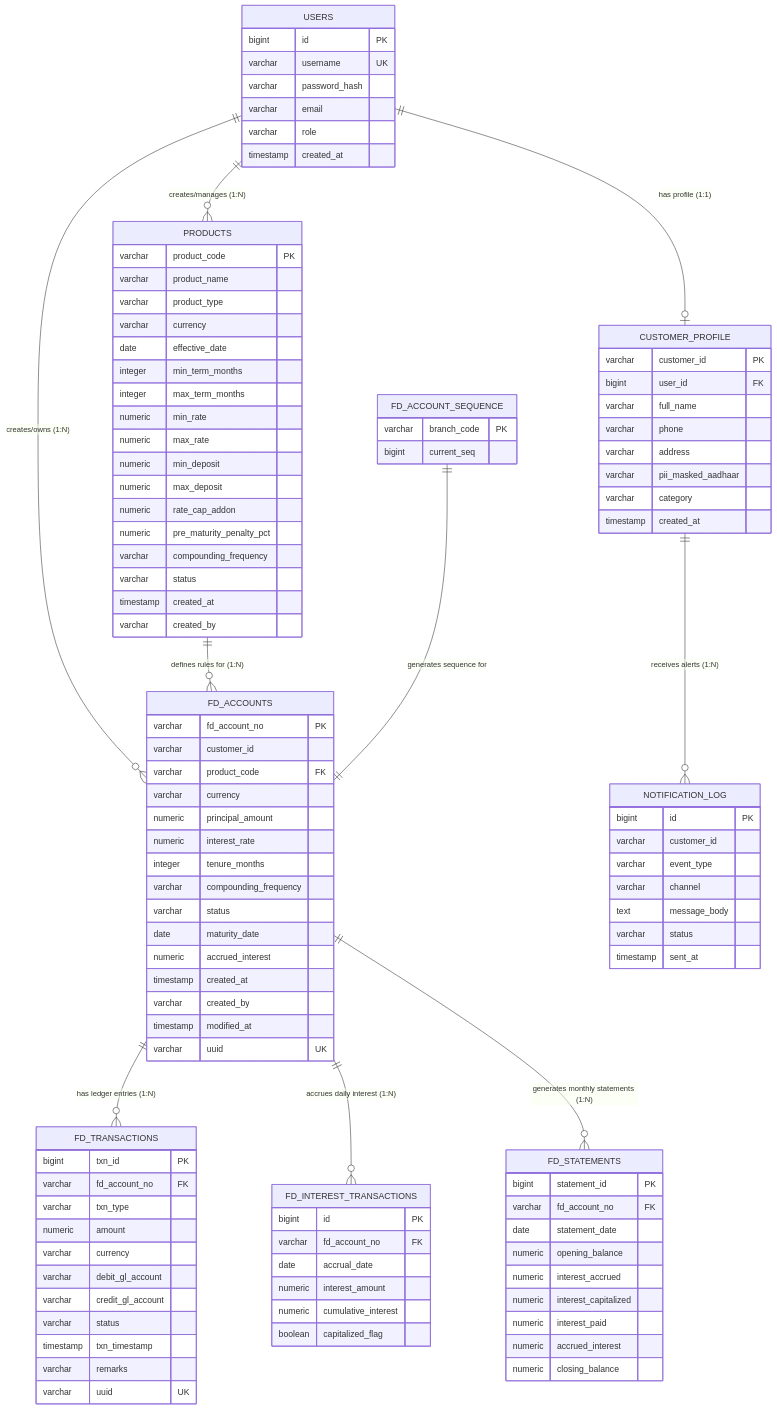
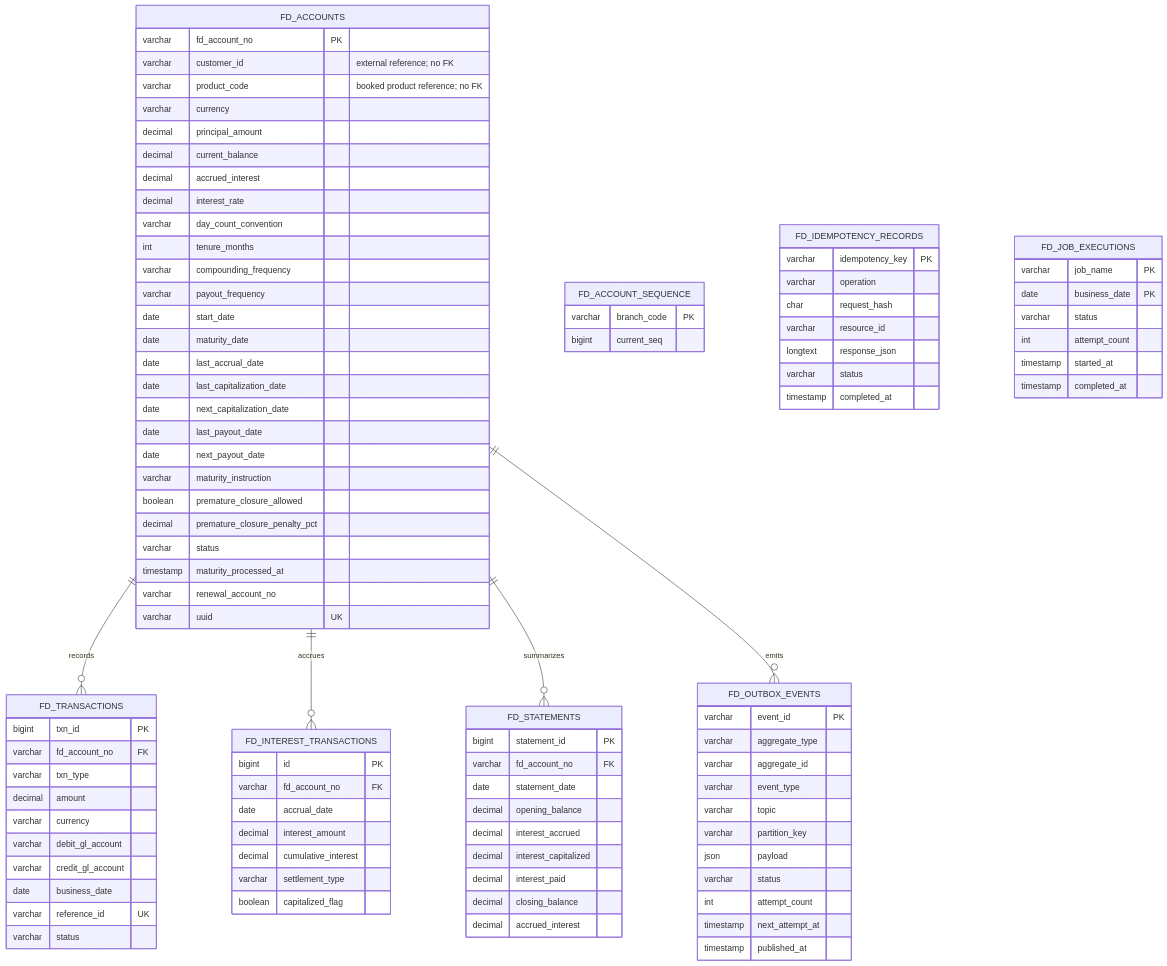
Before and after one commit to krishna1211711/fixed-deposit-microservice: the first of 2 diagrams in fd-microservice/DATABASE_ER_DIAGRAM.md, drawn with Mermaid. The commit also changed other lines of this file and 65 other files, not shown here.

````diff
--- a/fd-microservice/DATABASE_ER_DIAGRAM.md
+++ b/fd-microservice/DATABASE_ER_DIAGRAM.md
@@ -11,70 +7,36 @@
 ```mermaid
 erDiagram
-    USERS ||--o| CUSTOMER_PROFILE : "has profile (1:1)"
-    USERS ||--o{ PRODUCTS : "creates/manages (1:N)"
-    USERS ||--o{ FD_ACCOUNTS : "creates/owns (1:N)"
-    PRODUCTS ||--o{ FD_ACCOUNTS : "defines rules for (1:N)"
-    FD_ACCOUNTS ||--o{ FD_TRANSACTIONS : "has ledger entries (1:N)"
-    FD_ACCOUNTS ||--o{ FD_INTEREST_TRANSACTIONS : "accrues daily interest (1:N)"
-    FD_ACCOUNTS ||--o{ FD_STATEMENTS : "generates monthly statements (1:N)"
-    CUSTOMER_PROFILE ||--o{ NOTIFICATION_LOG : "receives alerts (1:N)"
-    FD_ACCOUNT_SEQUENCE ||--|| FD_ACCOUNTS : "generates sequence for"
-
-    USERS {
-        bigint id PK
-        varchar username UK
-        varchar password_hash
-        varchar email
-        varchar role
-        timestamp created_at
-    }
-
-    CUSTOMER_PROFILE {
-        varchar customer_id PK
-        bigint user_id FK
-        varchar full_name
-        varchar phone
-        varchar address
-        varchar pii_masked_aadhaar
-        varchar category
-        timestamp created_at
-    }
-
-    PRODUCTS {
-        varchar product_code PK
-        varchar product_name
-        varchar product_type
-        varchar currency
-        date effective_date
-        integer min_term_months
-        integer max_term_months
-        numeric min_rate
-        numeric max_rate
-        numeric min_deposit
-        numeric max_deposit
-        numeric rate_cap_addon
-        numeric pre_maturity_penalty_pct
-        varchar compounding_frequency
-        varchar status
-        timestamp created_at
-        varchar created_by
-    }
+    FD_ACCOUNTS ||--o{ FD_TRANSACTIONS : records
+    FD_ACCOUNTS ||--o{ FD_INTEREST_TRANSACTIONS : accrues
+    FD_ACCOUNTS ||--o{ FD_STATEMENTS : summarizes
+    FD_ACCOUNTS ||--o{ FD_OUTBOX_EVENTS : emits
 
     FD_ACCOUNTS {
         varchar fd_account_no PK
-        varchar customer_id
-        varchar product_code FK
+        varchar customer_id "external reference; no FK"
+        varchar product_code "booked product reference; no FK"
         varchar currency
-        numeric principal_amount
-        numeric interest_rate
-        integer tenure_months
+        decimal principal_amount
+        decimal current_balance
+        decimal accrued_interest
+        decimal interest_rate
+        varchar day_count_convention
+        int tenure_months
         varchar compounding_frequency
+        varchar payout_frequency
+        date start_date
+        date maturity_date
+        date last_accrual_date
+        date last_capitalization_date
+        date next_capitalization_date
+        date last_payout_date
+        date next_payout_date
+        varchar maturity_instruction
+        boolean premature_closure_allowed
+        decimal premature_closure_penalty_pct
         varchar status
-        date maturity_date
-        numeric accrued_interest
-        timestamp created_at
-        varchar created_by
-        timestamp modified_at
+        timestamp maturity_processed_at
+        varchar renewal_account_no
         varchar uuid UK
     }
 
@@ -82,22 +44,22 @@
         bigint txn_id PK
         varchar fd_account_no FK
         varchar txn_type
-        numeric amount
+        decimal amount
         varchar currency
         varchar debit_gl_account
         varchar credit_gl_account
+        date business_date
+        varchar reference_id UK
         varchar status
-        timestamp txn_timestamp
-        varchar remarks
-        varchar uuid UK
     }
 
     FD_INTEREST_TRANSACTIONS {
         bigint id PK
         varchar fd_account_no FK
         date accrual_date
-        numeric interest_amount
-        numeric cumulative_interest
+        decimal interest_amount
+        decimal cumulative_interest
+        varchar settlement_type
         boolean capitalized_flag
     }
 
@@ -105,12 +67,26 @@
         bigint statement_id PK
         varchar fd_account_no FK
         date statement_date
-        numeric opening_balance
-        numeric interest_accrued
-        numeric interest_capitalized
-        numeric interest_paid
-        numeric accrued_interest
-        numeric closing_balance
+        decimal opening_balance
+        decimal interest_accrued
+        decimal interest_capitalized
+        decimal interest_paid
+        decimal closing_balance
+        decimal accrued_interest
+    }
+
+    FD_OUTBOX_EVENTS {
+        varchar event_id PK
+        varchar aggregate_type
+        varchar aggregate_id
+        varchar event_type
+        varchar topic
+        varchar partition_key
+        json payload
+        varchar status
+        int attempt_count
+        timestamp next_attempt_at
+        timestamp published_at
     }
 
     FD_ACCOUNT_SEQUENCE {
@@ -118,13 +94,22 @@
         bigint current_seq
     }
 
-    NOTIFICATION_LOG {
-        bigint id PK
-        varchar customer_id
-        varchar event_type
-        varchar channel
-        text message_body
+    FD_IDEMPOTENCY_RECORDS {
+        varchar idempotency_key PK
+        varchar operation
+        char request_hash
+        varchar resource_id
+        longtext response_json
         varchar status
-        timestamp sent_at
+        timestamp completed_at
+    }
+
+    FD_JOB_EXECUTIONS {
+        varchar job_name PK
+        date business_date PK
+        varchar status
+        int attempt_count
+        timestamp started_at
+        timestamp completed_at
     }
 ```
````
